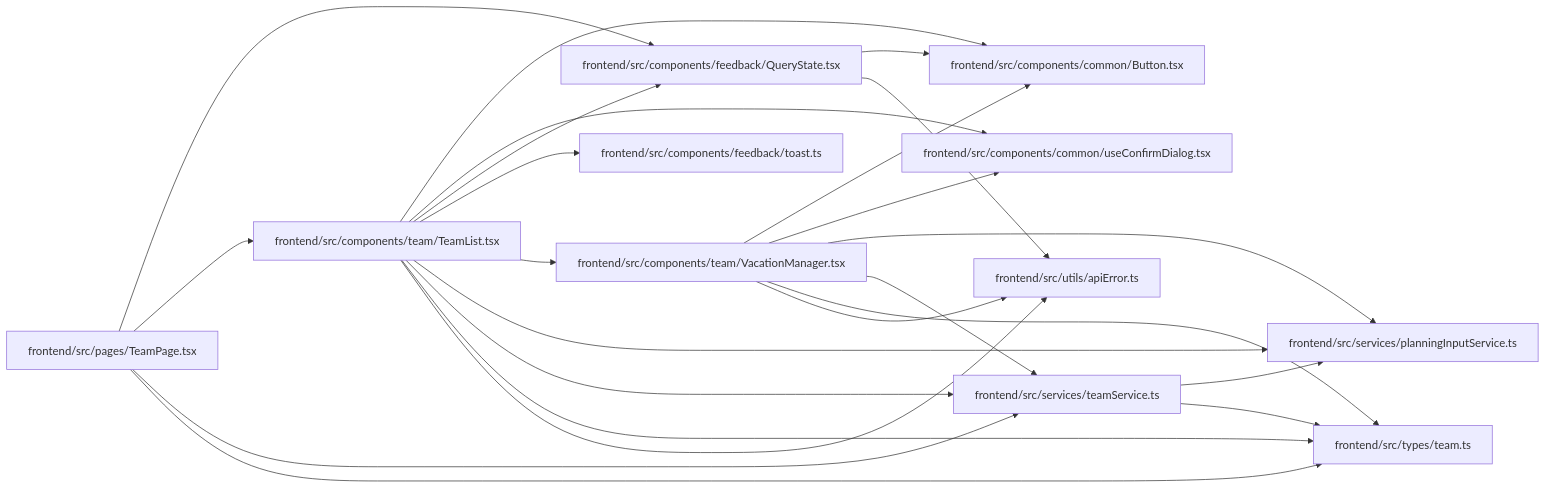
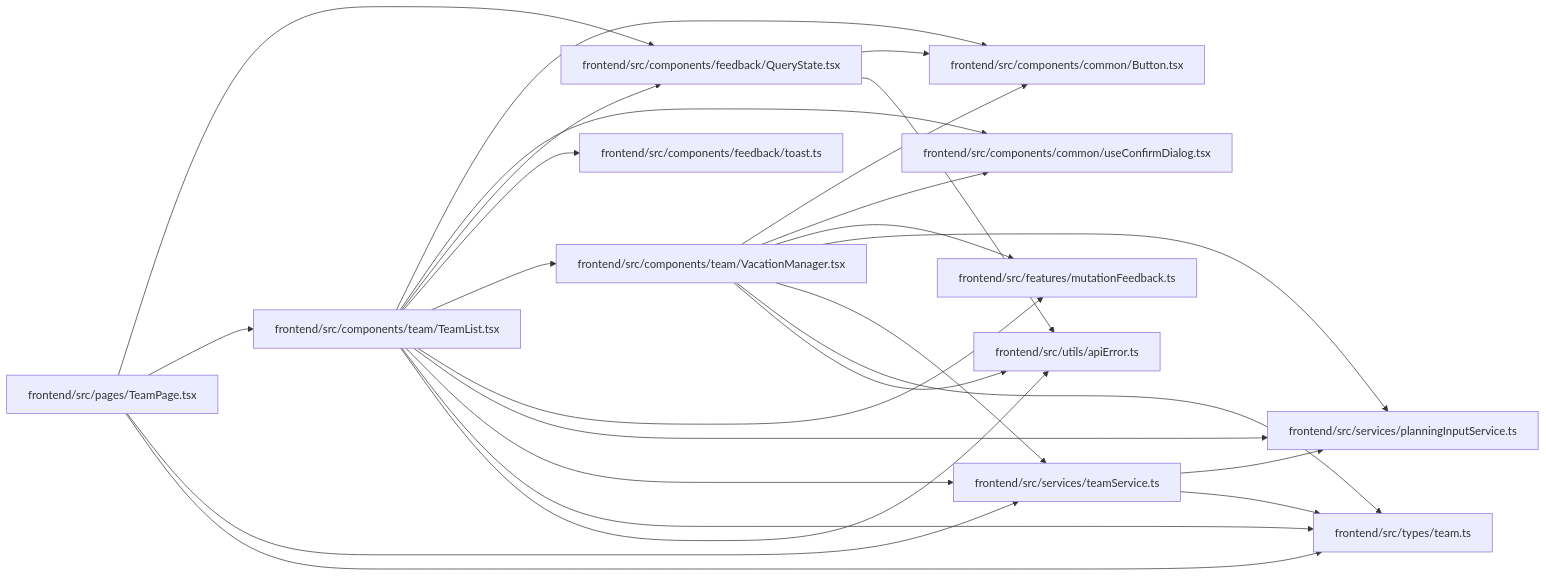
The diagram in docs/llm_wiki/modules/TeamList.md (Denissvgn/WorkChord), drawn with Mermaid before and after one commit. The commit also changed other lines of this file and 372 other files, not shown here.

Commit message:
docs(wiki): refresh for mutation success feedback

````diff
--- a/docs/llm_wiki/modules/TeamList.md
+++ b/docs/llm_wiki/modules/TeamList.md
@@ -39,48 +41,52 @@
 ```mermaid
 flowchart LR
     n0["frontend/src/components/common/Button.tsx"]
     n1["frontend/src/components/common/useConfirmDialog.tsx"]
     n2["frontend/src/components/feedback/QueryState.tsx"]
     n3["frontend/src/components/feedback/toast.ts"]
     n4["frontend/src/components/team/TeamList.tsx"]
     n5["frontend/src/components/team/VacationManager.tsx"]
-    n6["frontend/src/pages/TeamPage.tsx"]
-    n7["frontend/src/services/planningInputService.ts"]
-    n8["frontend/src/services/teamService.ts"]
-    n9["frontend/src/types/team.ts"]
-    n10["frontend/src/utils/apiError.ts"]
+    n6["frontend/src/features/mutationFeedback.ts"]
+    n7["frontend/src/pages/TeamPage.tsx"]
+    n8["frontend/src/services/planningInputService.ts"]
+    n9["frontend/src/services/teamService.ts"]
+    n10["frontend/src/types/team.ts"]
+    n11["frontend/src/utils/apiError.ts"]
     n2 --> n0
-    n2 --> n10
+    n2 --> n11
     n4 --> n0
     n4 --> n1
     n4 --> n2
     n4 --> n3
     n4 --> n5
-    n4 --> n7
+    n4 --> n6
     n4 --> n8
     n4 --> n9
     n4 --> n10
+    n4 --> n11
     n5 --> n0
     n5 --> n1
-    n5 --> n7
+    n5 --> n6
     n5 --> n8
     n5 --> n9
     n5 --> n10
-    n6 --> n2
-    n6 --> n4
-    n6 --> n8
-    n6 --> n9
-    n8 --> n7
-    n8 --> n9
+    n5 --> n11
+    n7 --> n2
+    n7 --> n4
+    n7 --> n9
+    n7 --> n10
+    n9 --> n8
+    n9 --> n10
     click n0 "../modules/Button.md"
     click n1 "../modules/useConfirmDialog.md"
     click n2 "../modules/QueryState.md"
     click n3 "../modules/toast.md"
     click n4 "../modules/TeamList.md"
     click n5 "../modules/VacationManager.md"
-    click n6 "../modules/TeamPage.md"
-    click n7 "../modules/planningInputService.md"
-    click n8 "../modules/teamService.md"
-    click n9 "../modules/types_team.md"
-    click n10 "../modules/apiError.md"
+    click n6 "../modules/mutationFeedback.md"
+    click n7 "../modules/TeamPage.md"
+    click n8 "../modules/planningInputService.md"
+    click n9 "../modules/teamService.md"
+    click n10 "../modules/types_team.md"
+    click n11 "../modules/apiError.md"
 ```
````
